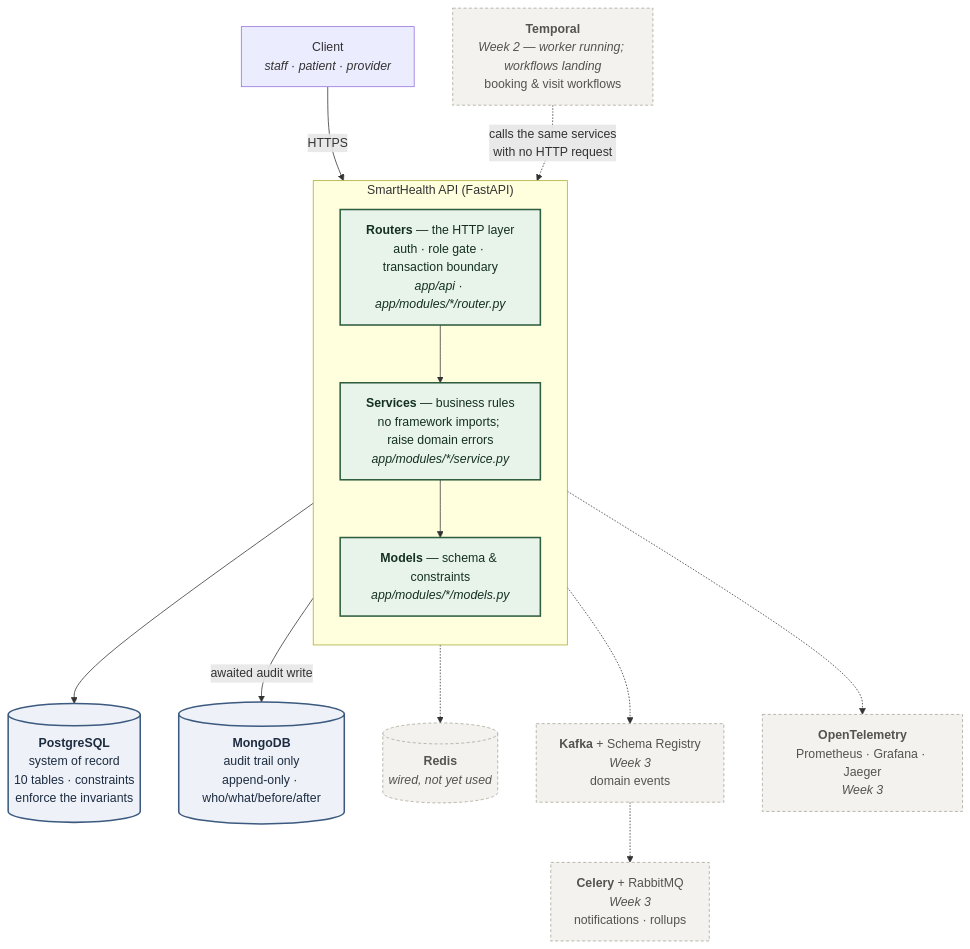
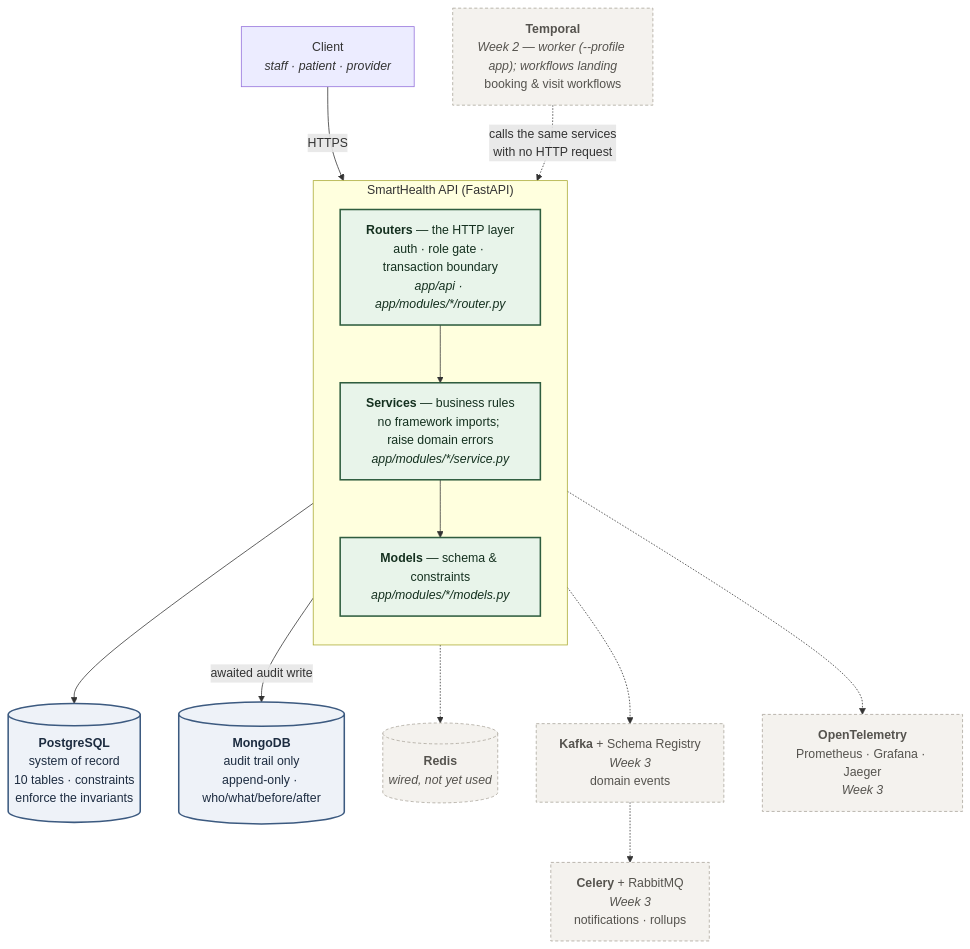
The first of 3 diagrams in README.md (sadainiqrar/smarthealth), drawn with Mermaid before and after one commit. The commit also changed 3 other files, not shown here.

````diff
--- a/README.md
+++ b/README.md
@@ -25,38 +25,38 @@
 ```mermaid
 flowchart TB
     client["Client<br/><i>staff · patient · provider</i>"]
 
     subgraph app["SmartHealth API (FastAPI)"]
         direction TB
         routers["<b>Routers</b> — the HTTP layer<br/>auth · role gate · transaction boundary<br/><i>app/api · app/modules/*/router.py</i>"]
         services["<b>Services</b> — business rules<br/>no framework imports; raise domain errors<br/><i>app/modules/*/service.py</i>"]
         models["<b>Models</b> — schema &amp; constraints<br/><i>app/modules/*/models.py</i>"]
         routers --> services --> models
     end
 
     pg[("<b>PostgreSQL</b><br/>system of record<br/>10 tables · constraints<br/>enforce the invariants")]
     mongo[("<b>MongoDB</b><br/>audit trail only<br/>append-only · who/what/before/after")]
     redis[("<b>Redis</b><br/><i>wired, not yet used</i>")]
 
-    temporal["<b>Temporal</b><br/><i>Week 2 — worker running; workflows landing</i><br/>booking &amp; visit workflows"]
+    temporal["<b>Temporal</b><br/><i>Week 2 — worker (--profile app); workflows landing</i><br/>booking &amp; visit workflows"]
     kafka["<b>Kafka</b> + Schema Registry<br/><i>Week 3</i><br/>domain events"]
     celery["<b>Celery</b> + RabbitMQ<br/><i>Week 3</i><br/>notifications · rollups"]
     otel["<b>OpenTelemetry</b><br/>Prometheus · Grafana · Jaeger<br/><i>Week 3</i>"]
 
     client -->|HTTPS| routers
     models --> pg
     services -->|awaited audit write| mongo
     app -.-> redis
 
     temporal -.->|"calls the same services<br/>with no HTTP request"| services
     services -.-> kafka
     kafka -.-> celery
     app -.-> otel
 
     classDef done fill:#e8f4ea,stroke:#2f5d3f,stroke-width:2px,color:#14301f
     classDef todo fill:#f4f2ee,stroke:#a9a49a,stroke-width:1px,stroke-dasharray:4 3,color:#55534e
     classDef store fill:#eef2f8,stroke:#3c5a80,stroke-width:2px,color:#1d2c40
     class routers,services,models done
     class pg,mongo store
     class redis,temporal,kafka,celery,otel todo
 ```
````
